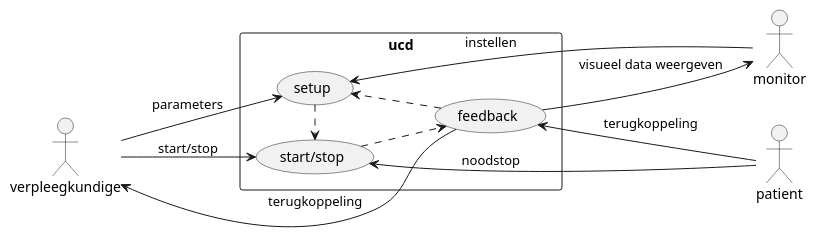
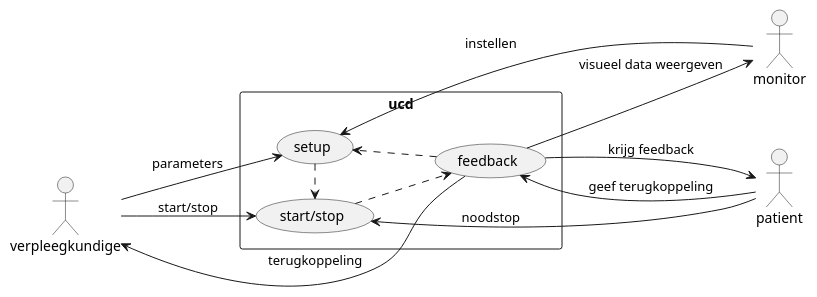
Before and after one commit to teunrensing/APPS: the diagram in UML/Use_case.puml, drawn with PlantUML.

Commit message:
Update Use_case.puml
Updated Use case diagram
change:
- a new line between patient and feedback("krijg feedback")
- changed a line between patient and feedback("terugkoppeling" to "geef terugkoppeling")

```diff
--- a/UML/Use_case.puml
+++ b/UML/Use_case.puml
@@ -1,24 +1,23 @@
 @startuml
 left to right direction
 skinparam packageStyle rectangle
 actor verpleegkundige
 actor patient
 actor monitor
 rectangle ucd {
   
   (setup).>(start/stop)
   (start/stop)..>(feedback)
   (feedback).>(setup)
 
 verpleegkundige --> (start/stop):start/stop
 verpleegkundige--> (setup): parameters
 verpleegkundige<-- (feedback): terugkoppeling
-(feedback) <--patient: terugkoppeling
+(feedback) -->patient: krijg feedback
+(feedback) <--patient: geef terugkoppeling
 (start/stop)<--patient: noodstop
 (feedback)-->monitor:visueel data weergeven
 (setup) <--monitor: instellen
 
 }
-
-
 @enduml
```
